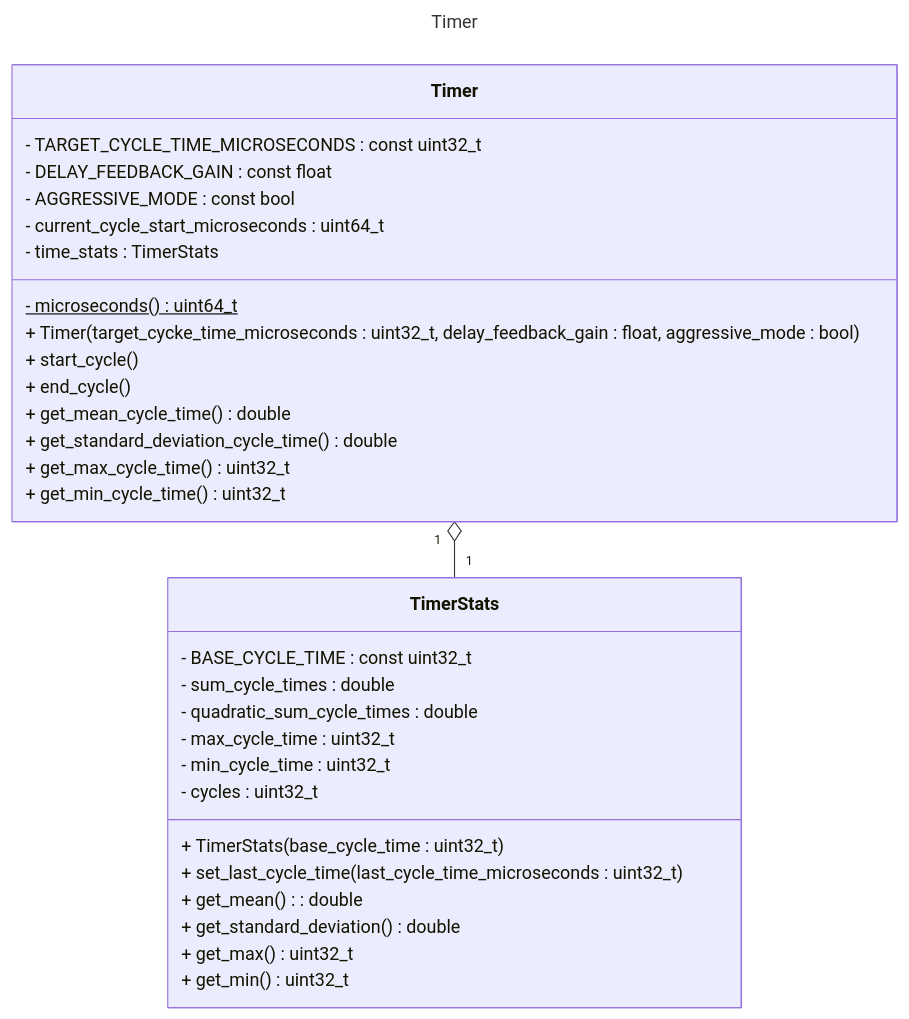
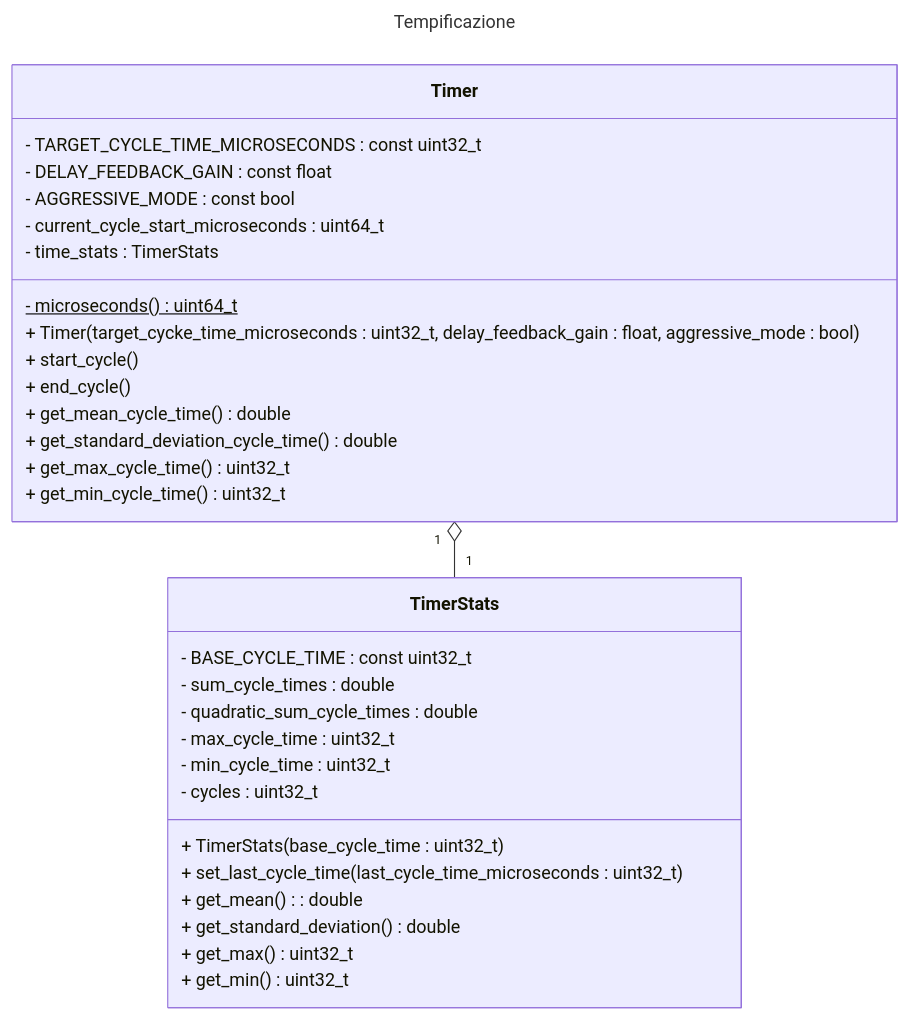
One commit to joecom7/inverted-pendulum-control changed the fourth of 4 diagrams in doc/README.md. Above: the diagram before and after it, drawn with Mermaid. The commit also changed other lines of this file, not shown here.

Commit message:
Aggiunto diagramma delle componenti

````diff
--- a/doc/README.md
+++ b/doc/README.md
@@ -103,37 +149,37 @@
 ```mermaid
 ---
-title: Timer
+title: Tempificazione
 ---
 classDiagram
     class Timer {
         - TARGET_CYCLE_TIME_MICROSECONDS : const uint32_t
         - DELAY_FEEDBACK_GAIN : const float
         - AGGRESSIVE_MODE : const bool
         - current_cycle_start_microseconds : uint64_t
         - time_stats : TimerStats
         - microseconds()$ uint64_t
         + Timer(target_cycke_time_microseconds : uint32_t, delay_feedback_gain : float, aggressive_mode : bool)
         + start_cycle()
         + end_cycle()
         + get_mean_cycle_time() double
         + get_standard_deviation_cycle_time() double
         + get_max_cycle_time() uint32_t
         + get_min_cycle_time() uint32_t
     }
 
     class TimerStats {
         - BASE_CYCLE_TIME : const uint32_t
         - sum_cycle_times : double
         - quadratic_sum_cycle_times : double
         - max_cycle_time : uint32_t
         - min_cycle_time : uint32_t
         - cycles : uint32_t
         + TimerStats(base_cycle_time : uint32_t)
         + set_last_cycle_time(last_cycle_time_microseconds : uint32_t)
         + get_mean() : double
         + get_standard_deviation() double
         + get_max() uint32_t
         + get_min() uint32_t
     }
     Timer "1"o--"1" TimerStats
 ```
````
